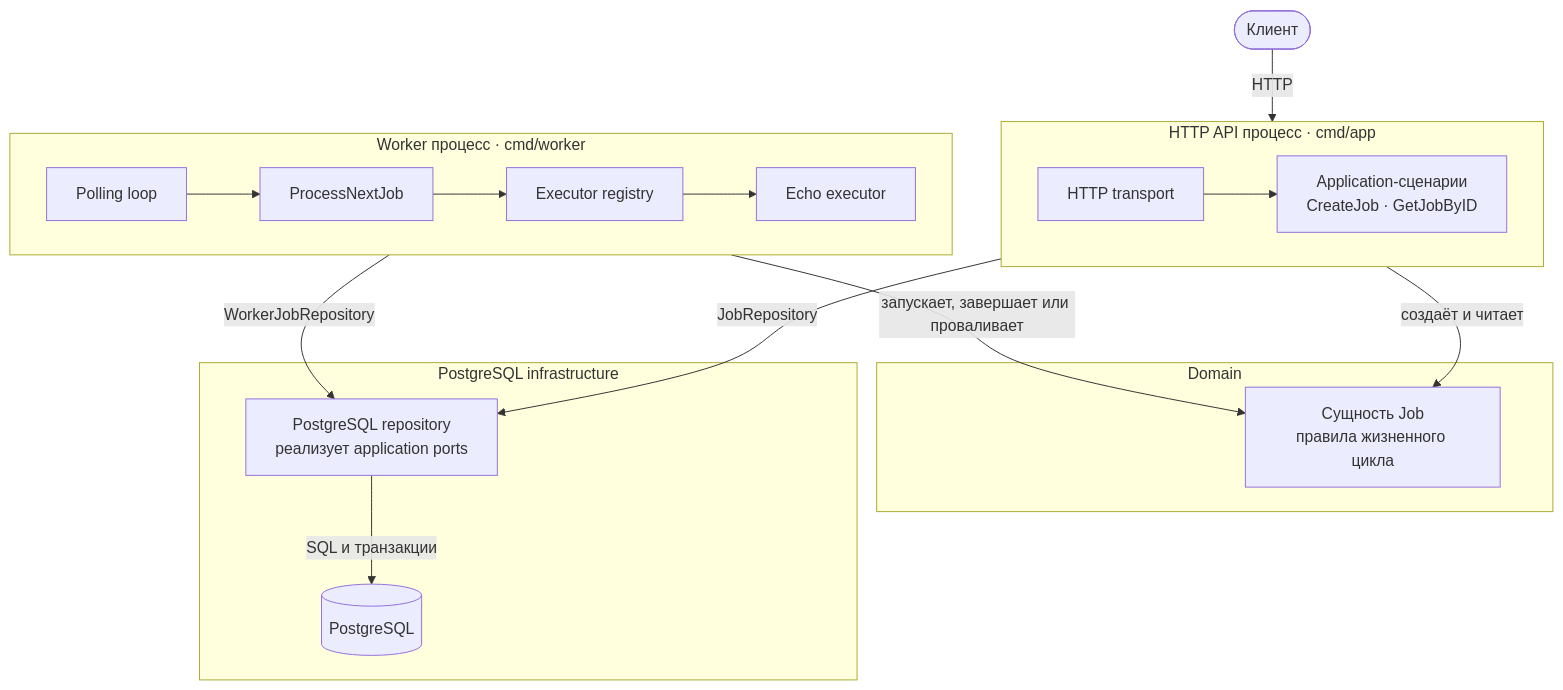
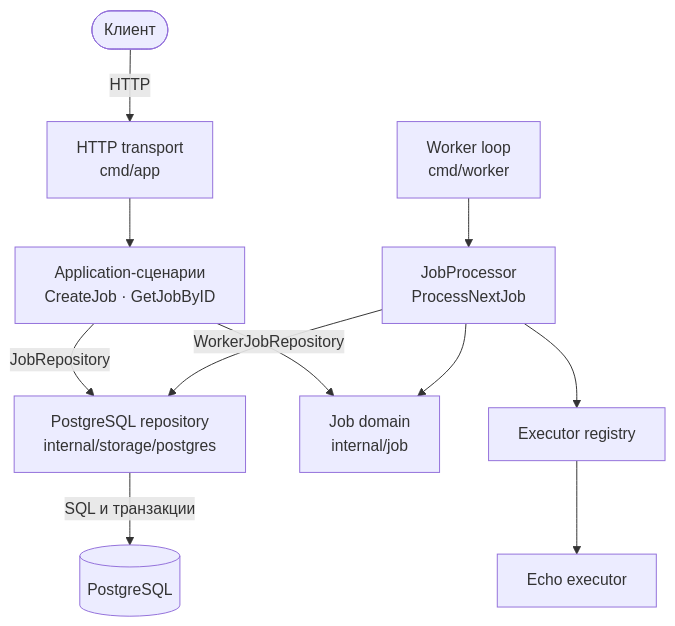
The first of 2 diagrams in README.ru.md (LeezyWannaFall/GoreFlow), drawn with Mermaid before and after one commit. The commit also changed 1 other file, not shown here.

````diff
--- a/README.ru.md
+++ b/README.ru.md
@@ -31,36 +31,17 @@
 ```mermaid
 flowchart TB
-    Client([Клиент])
+    Client([Клиент]) -->|HTTP| API[HTTP transport<br/>cmd/app]
+    API --> UseCases[Application-сценарии<br/>CreateJob · GetJobByID]
 
-    subgraph APIProcess[HTTP API процесс · cmd/app]
-        direction LR
-        Transport[HTTP transport]
-        UseCases[Application-сценарии<br/>CreateJob · GetJobByID]
-        Transport --> UseCases
-    end
+    Worker[Worker loop<br/>cmd/worker] --> Processor[JobProcessor<br/>ProcessNextJob]
+    Processor --> Registry[Executor registry]
+    Registry --> Echo[Echo executor]
 
-    subgraph WorkerProcess[Worker процесс · cmd/worker]
-        direction LR
-        Poller[Polling loop]
-        Processor[ProcessNextJob]
-        Registry[Executor registry]
-        Echo[Echo executor]
-        Poller --> Processor --> Registry --> Echo
-    end
+    UseCases --> Job[Job domain<br/>internal/job]
+    Processor --> Job
 
-    subgraph Domain[Domain]
-        Job[Сущность Job<br/>правила жизненного цикла]
-    end
-
-    subgraph Infrastructure[PostgreSQL infrastructure]
-        Repository[PostgreSQL repository<br/>реализует application ports]
-        PostgreSQL[(PostgreSQL)]
-        Repository -->|SQL и транзакции| PostgreSQL
-    end
-
-    Client -->|HTTP| Transport
-    UseCases -->|создаёт и читает| Job
-    Processor -->|запускает, завершает или проваливает| Job
+    Repository[PostgreSQL repository<br/>internal/storage/postgres]
     UseCases -->|JobRepository| Repository
     Processor -->|WorkerJobRepository| Repository
+    Repository -->|SQL и транзакции| PostgreSQL[(PostgreSQL)]
 ```
````
